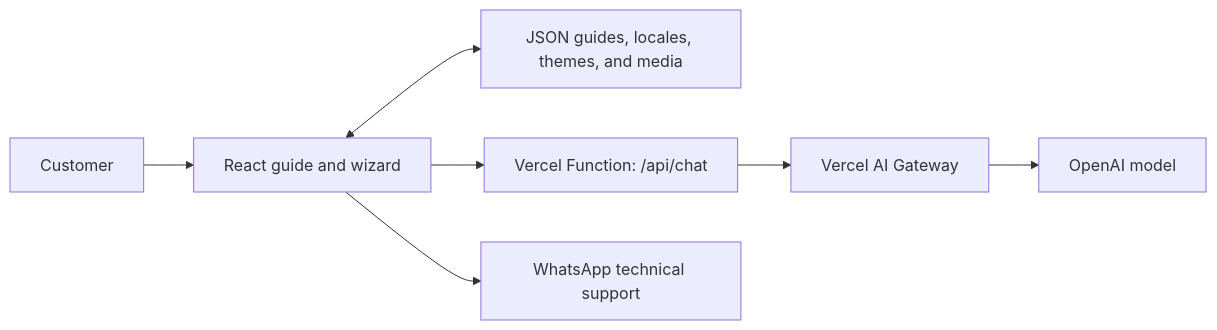
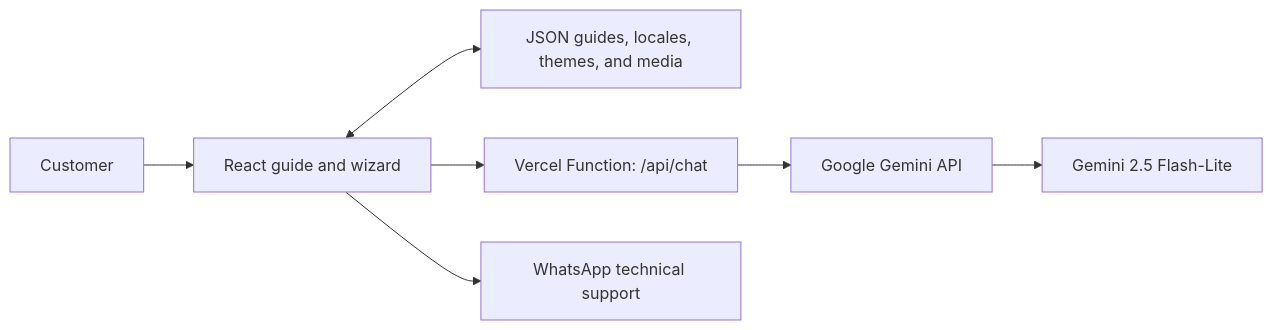
One commit to PettaDev/CustomersGuide changed the diagram in README.md. Above: the diagram before and after it, drawn with Mermaid. The commit also changed other lines of this file and 4 other files, not shown here.

````diff
--- a/README.md
+++ b/README.md
@@ -50,9 +50,9 @@
 ```mermaid
 flowchart LR
     U["Customer"] --> W["React guide and wizard"]
     W <--> C["JSON guides, locales, themes, and media"]
     W --> A["Vercel Function: /api/chat"]
-    A --> G["Vercel AI Gateway"]
-    G --> M["OpenAI model"]
+    A --> G["Google Gemini API"]
+    G --> M["Gemini 2.5 Flash-Lite"]
     W --> S["WhatsApp technical support"]
 ```
````
